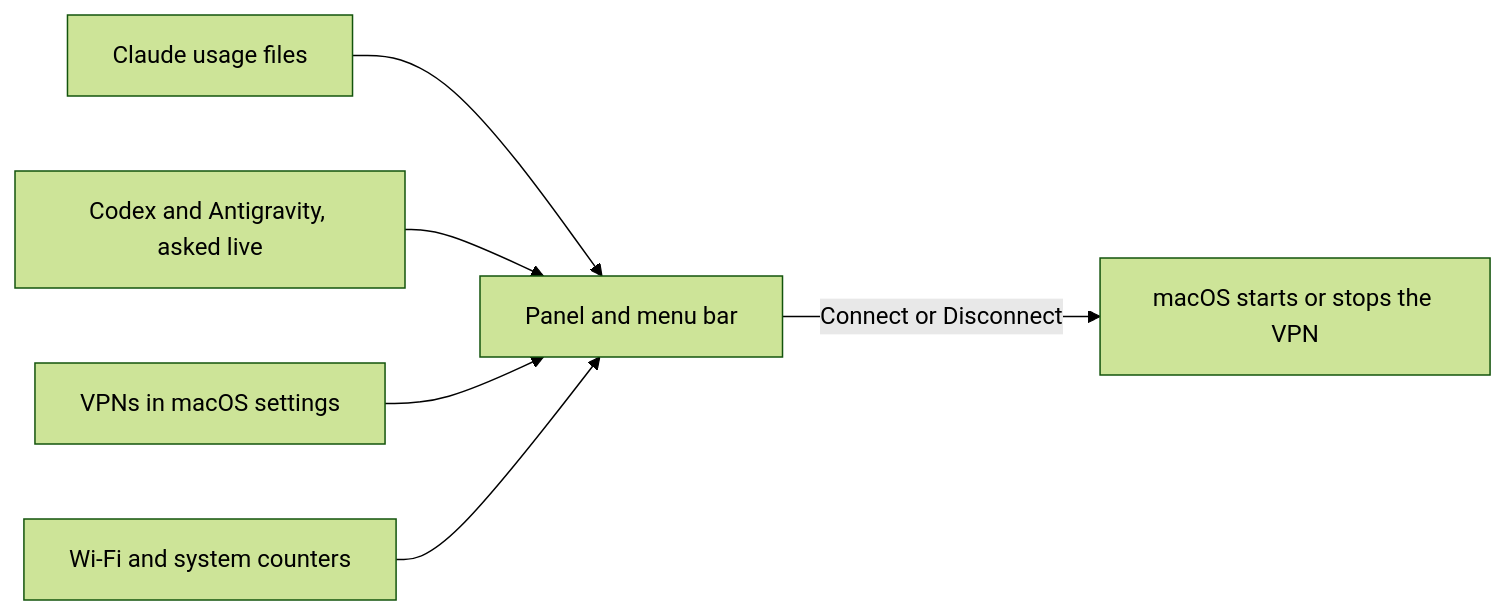
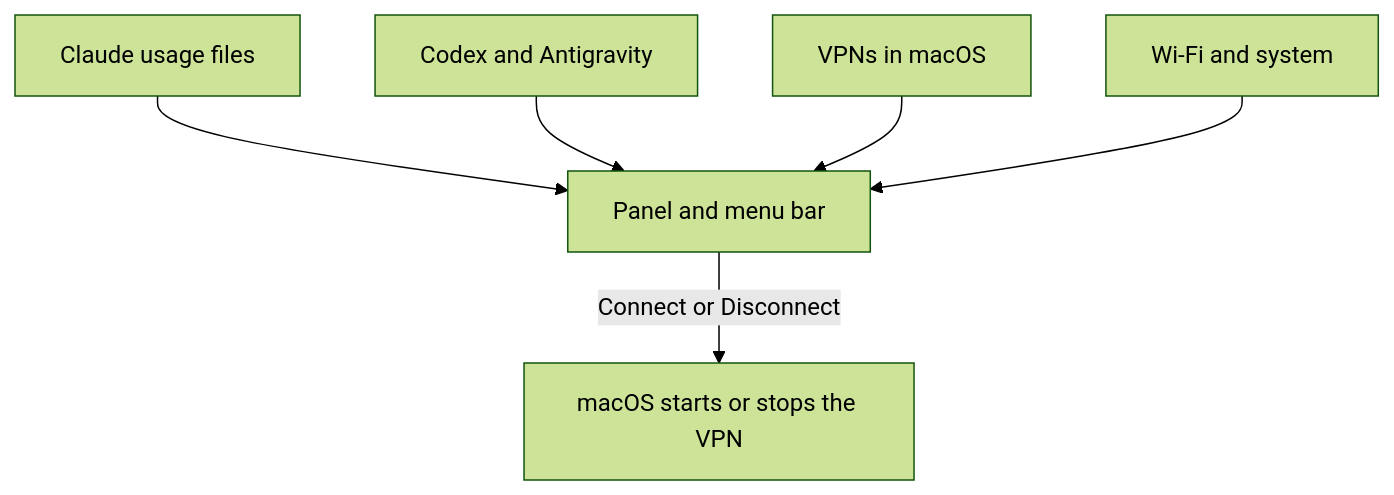
Before and after one commit to davidwidagdo/ai-meter-bar: the first of 2 diagrams in README.md, drawn with Mermaid (forest theme).

Commit message:
docs(ai-meter-bar): draw the panel flow top to bottom so GitHub shows it whole

````diff
--- a/README.md
+++ b/README.md
@@ -26,8 +26,8 @@
 ```mermaid
-flowchart LR
+flowchart TD
   A[Claude usage files] --> P[Panel and menu bar]
-  B[Codex and Antigravity, asked live] --> P
-  V[VPNs in macOS settings] --> P
-  N[Wi-Fi and system counters] --> P
+  B[Codex and Antigravity] --> P
+  V[VPNs in macOS] --> P
+  N[Wi-Fi and system] --> P
   P -->|Connect or Disconnect| M[macOS starts or stops the VPN]
 ```
````
